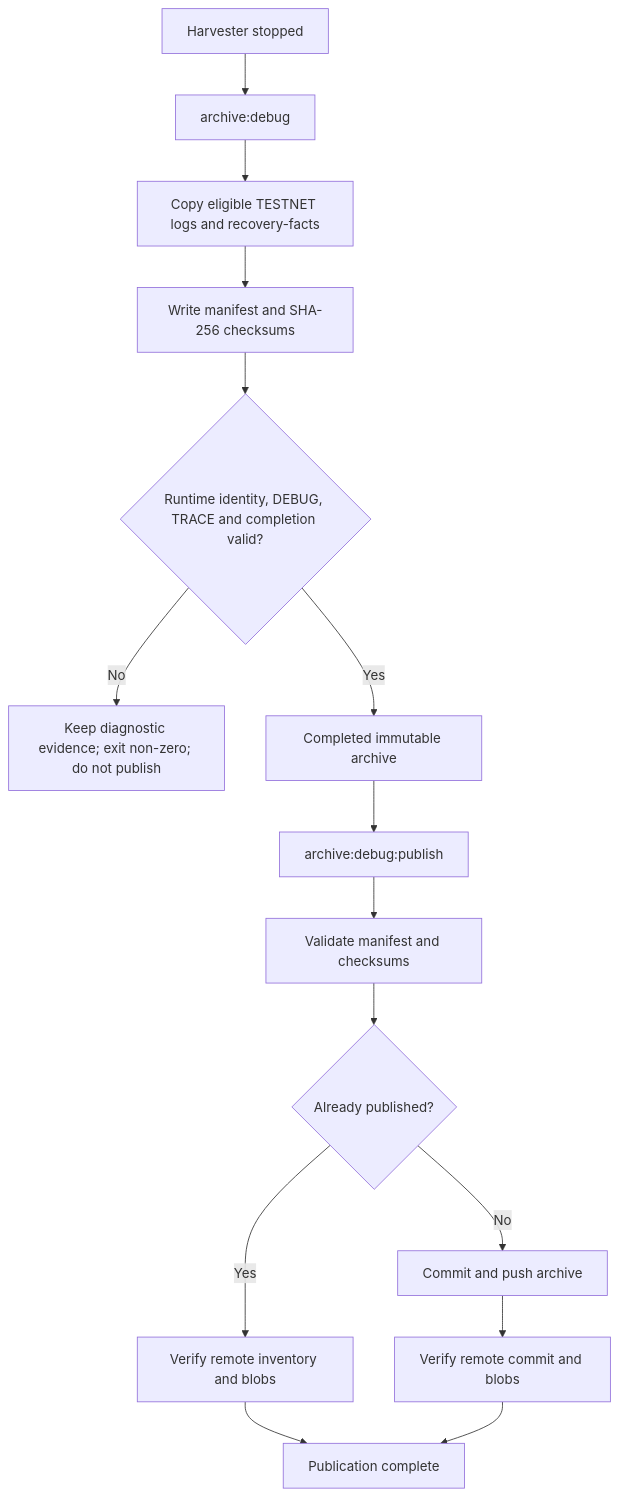
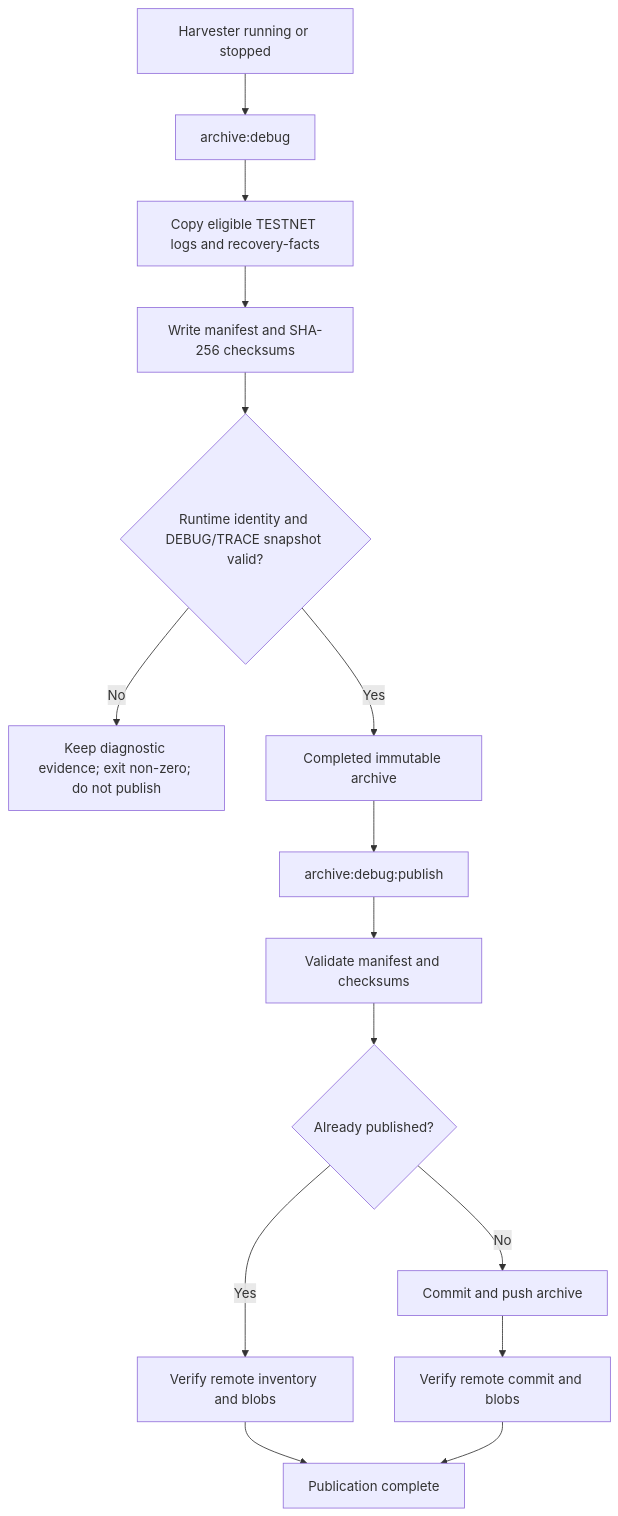
One commit to 45s/coinzilla changed the diagram in apps/harvester/docs/operations/local-dev-reset-and-archive.md. Above: the diagram before and after it, drawn with Mermaid. The commit also changed other lines of this file, not shown here.

Commit message:
docs(harvester): document active-process debug snapshots

````diff
--- a/apps/harvester/docs/operations/local-dev-reset-and-archive.md
+++ b/apps/harvester/docs/operations/local-dev-reset-and-archive.md
@@ -83,17 +83,17 @@
 ```mermaid
 flowchart TD
-    A[Harvester stopped] --> B[archive:debug]
+    A[Harvester running or stopped] --> B[archive:debug]
     B --> C[Copy eligible TESTNET logs and recovery-facts]
     C --> D[Write manifest and SHA-256 checksums]
-    D --> E{Runtime identity, DEBUG, TRACE and completion valid?}
+    D --> E{Runtime identity and DEBUG/TRACE snapshot valid?}
     E -->|No| F[Keep diagnostic evidence; exit non-zero; do not publish]
     E -->|Yes| G[Completed immutable archive]
     G --> H[archive:debug:publish]
     H --> I[Validate manifest and checksums]
     I --> J{Already published?}
     J -->|Yes| K[Verify remote inventory and blobs]
     J -->|No| L[Commit and push archive]
     L --> M[Verify remote commit and blobs]
     K --> N[Publication complete]
     M --> N
 ```
````
